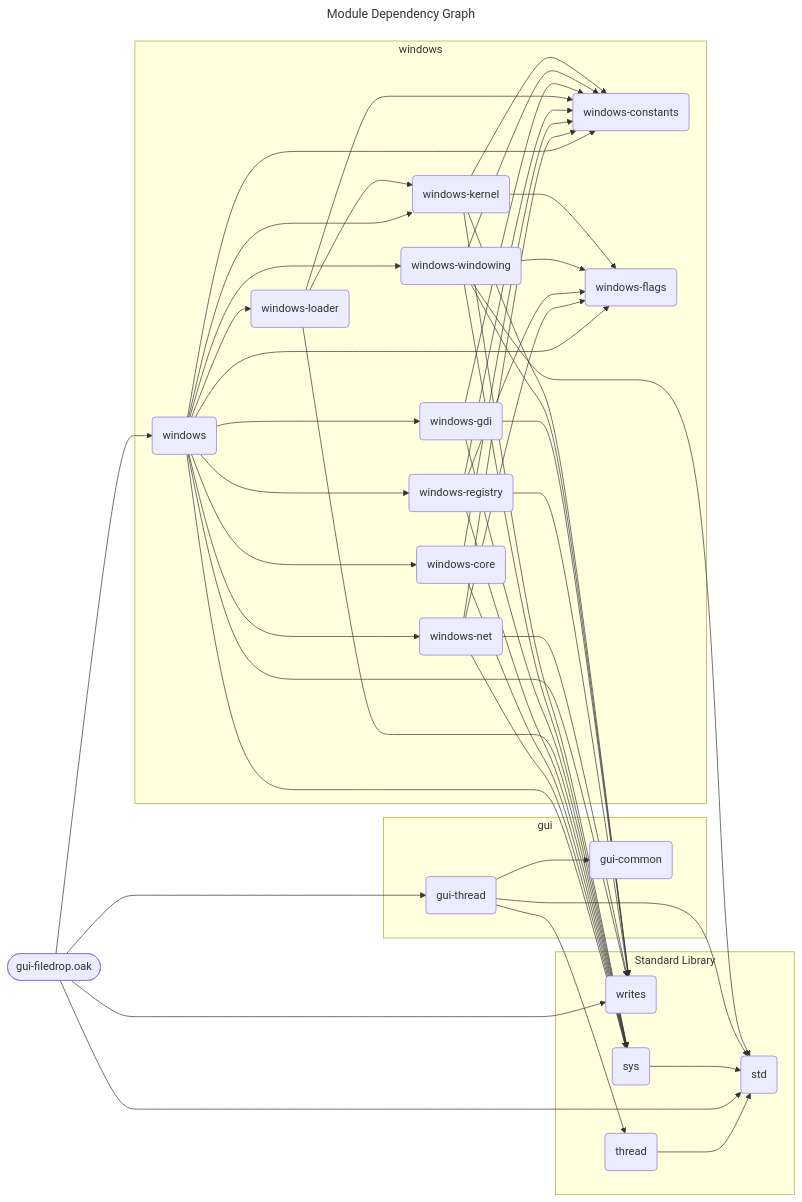
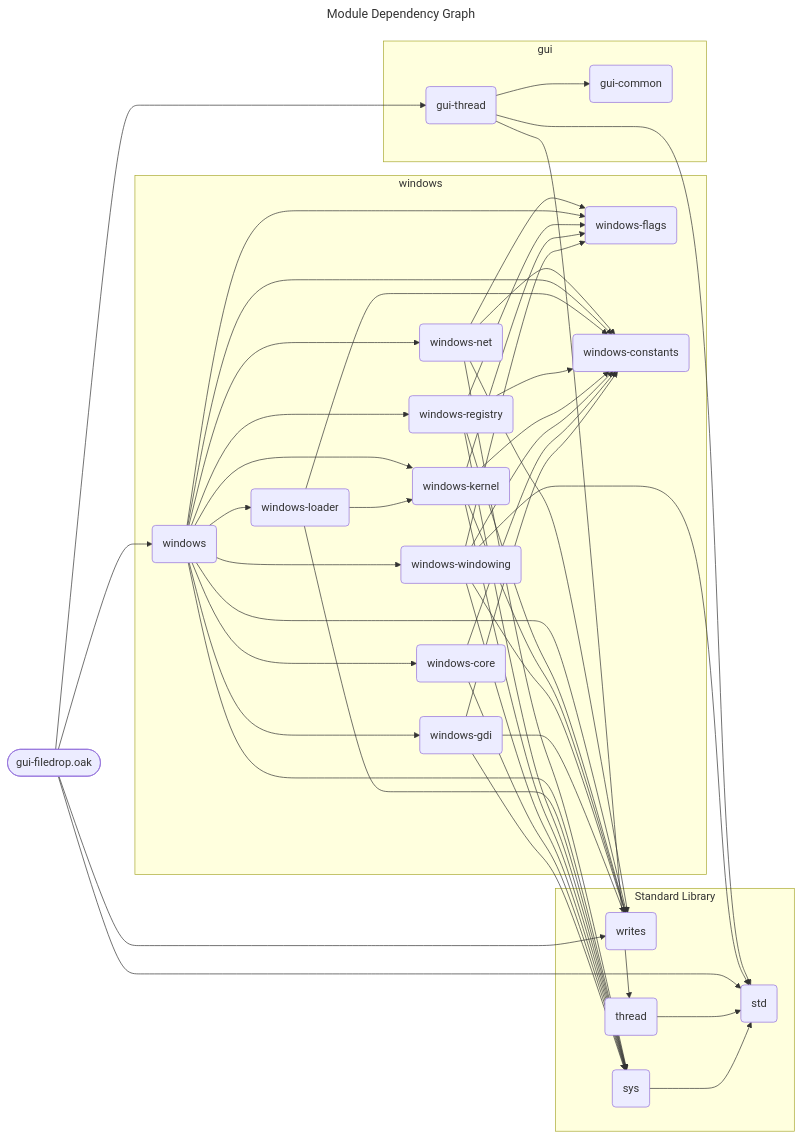
The diagram in docs/spec/gui-filedrop.mmd (SpcFORK/magnolia), drawn with Mermaid before and after one commit. The commit also changed other lines of this file and 156 other files, not shown here.

```diff
--- a/docs/spec/gui-filedrop.mmd
+++ b/docs/spec/gui-filedrop.mmd
@@ -1,72 +1,72 @@
 ---
 title: Module Dependency Graph
 ---
 flowchart LR
     lib_gui_filedrop_oak(["gui-filedrop.oak"])
+    subgraph stdlib_gui ["gui"]
+        gui_thread("gui-thread")
+        gui_common("gui-common")
+    end
     subgraph stdlib_windows ["windows"]
+        windows_flags("windows-flags")
+        windows_net("windows-net")
         windows_constants("windows-constants")
+        windows("windows")
+        windows_loader("windows-loader")
+        windows_registry("windows-registry")
         windows_kernel("windows-kernel")
         windows_windowing("windows-windowing")
+        windows_core("windows-core")
         windows_gdi("windows-gdi")
-        windows_loader("windows-loader")
-        windows_registry("windows-registry")
-        windows_core("windows-core")
-        windows_net("windows-net")
-        windows("windows")
-        windows_flags("windows-flags")
-    end
-    subgraph stdlib_gui ["gui"]
-        gui_common("gui-common")
-        gui_thread("gui-thread")
     end
     subgraph stdlib_core ["Standard Library"]
+        writes("writes")
+        thread("thread")
         std("std")
-        writes("writes")
         sys("sys")
-        thread("thread")
     end
-    windows_kernel --> sys
-    windows_kernel --> writes
-    windows_kernel --> windows_constants
-    windows_kernel --> windows_flags
-    windows_windowing --> sys
-    windows_windowing --> writes
-    windows_windowing --> windows_constants
-    windows_windowing --> windows_flags
-    windows_windowing --> std
-    windows_gdi --> sys
-    windows_gdi --> writes
-    windows_gdi --> windows_constants
-    windows_loader --> sys
-    windows_loader --> windows_constants
-    windows_loader --> windows_kernel
-    windows_registry --> sys
-    windows_registry --> writes
-    windows_registry --> windows_constants
-    windows_registry --> windows_flags
-    windows_core --> sys
-    windows_core --> windows_constants
-    gui_thread --> std
-    gui_thread --> thread
-    gui_thread --> gui_common
-    sys --> std
     windows_net --> sys
     windows_net --> writes
     windows_net --> windows_constants
     windows_net --> windows_flags
-    lib_gui_filedrop_oak --> std
-    lib_gui_filedrop_oak --> windows
-    lib_gui_filedrop_oak --> gui_thread
-    lib_gui_filedrop_oak --> writes
-    thread --> std
     windows --> sys
     windows --> writes
     windows --> windows_constants
     windows --> windows_flags
     windows --> windows_registry
     windows --> windows_net
     windows --> windows_windowing
     windows --> windows_gdi
     windows --> windows_kernel
     windows --> windows_loader
     windows --> windows_core
+    windows_loader --> sys
+    windows_loader --> windows_constants
+    windows_loader --> windows_kernel
+    windows_registry --> sys
+    windows_registry --> writes
+    windows_registry --> windows_constants
+    windows_registry --> windows_flags
+    windows_kernel --> sys
+    windows_kernel --> writes
+    windows_kernel --> windows_constants
+    windows_kernel --> windows_flags
+    gui_thread --> std
+    gui_thread --> thread
+    gui_thread --> gui_common
+    windows_windowing --> sys
+    windows_windowing --> writes
+    windows_windowing --> windows_constants
+    windows_windowing --> windows_flags
+    windows_windowing --> std
+    windows_core --> sys
+    windows_core --> windows_constants
+    lib_gui_filedrop_oak --> std
+    lib_gui_filedrop_oak --> windows
+    lib_gui_filedrop_oak --> gui_thread
+    lib_gui_filedrop_oak --> writes
+    thread --> std
+    windows_gdi --> sys
+    windows_gdi --> writes
+    windows_gdi --> windows_constants
+    sys --> std
```
